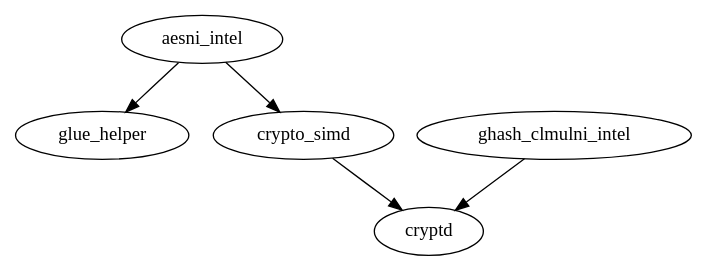
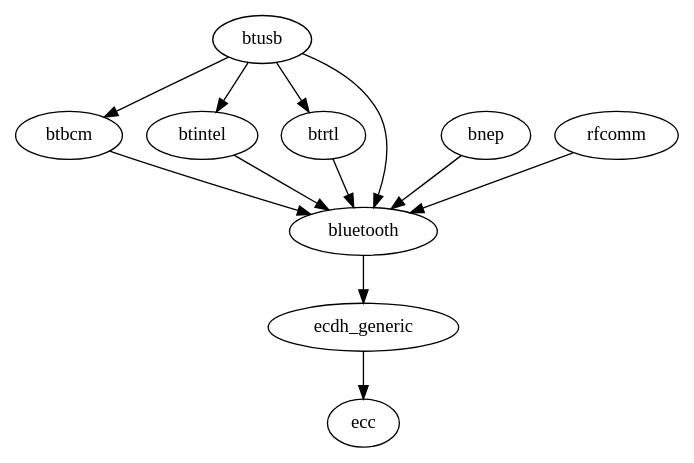
Before and after one commit to mmrmaximuzz/pylsmod: the diagram in README.md, drawn with Graphviz. The commit also changed other lines of this file, not shown here.

Commit message:
Change example

````diff
--- a/README.md
+++ b/README.md
@@ -89,15 +90,26 @@
 ```dot
-# cryptd+glue_helper.dot
+# ecc.dot
 digraph A {
-    rankdir = TB
-    glue_helper
-    aesni_intel
-    crypto_simd
-    cryptd
-    ghash_clmulni_intel
-    aesni_intel -> glue_helper
-    aesni_intel -> crypto_simd
-    crypto_simd -> cryptd
-    ghash_clmulni_intel -> cryptd
+	rankdir = TB
+	btusb
+	btbcm
+	btintel
+	btrtl
+	bluetooth
+	ecdh_generic
+	bnep
+	rfcomm
+	ecc
+	btusb -> btbcm
+	btusb -> btintel
+	btusb -> bluetooth
+	btusb -> btrtl
+	btbcm -> bluetooth
+	btintel -> bluetooth
+	btrtl -> bluetooth
+	bluetooth -> ecdh_generic
+	ecdh_generic -> ecc
+	bnep -> bluetooth
+	rfcomm -> bluetooth
 }
 ```
````
